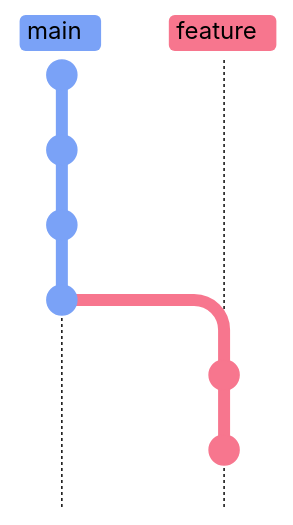
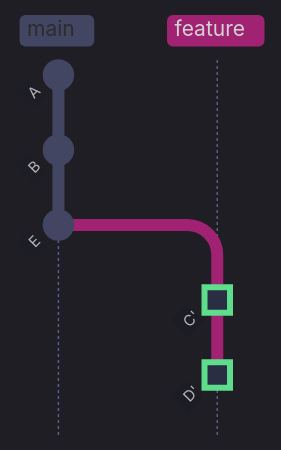
The fifth of 5 diagrams in content/08-Git/05-git-remote-management.md (alp78/elysium), drawn with Mermaid before and after one commit. The commit also changed other lines of this file and 4 other files, not shown here.

````diff
--- a/content/08-Git/05-git-remote-management.md
+++ b/content/08-Git/05-git-remote-management.md
@@ -220,11 +685,21 @@
 ```mermaid
-%%{init: {'theme': 'base', 'themeVariables': {'git0': '#7aa2f7', 'git1': '#f7768e', 'git2': '#9ece6a', 'git3': '#e0af68', 'git4': '#bb9af7', 'gitBranchLabel0': '#000000', 'gitBranchLabel1': '#000000', 'gitBranchLabel2': '#000000', 'gitBranchLabel3': '#000000', 'commitLabelColor': '#ffffff', 'commitLabelBackground': 'transparent', 'commitLabelFontSize': '14px', 'tagLabelColor': '#000000', 'tagLabelBackground': '#c0caf5'}, 'gitGraph': {'mainBranchName': 'main'}} }%%
+%%{init: {'theme': 'dark', 'themeVariables': {
+  'primaryColor': '#292e42',
+  'primaryTextColor': '#c0caf5',
+  'primaryBorderColor': '#565f89',
+  'lineColor': '#565f89',
+  'secondaryColor': '#1a1b26',
+  'tertiaryColor': '#24283b',
+  'noteTextColor': '#c0caf5',
+  'noteBkgColor': '#292e42',
+  'textColor': '#c0caf5',
+  'fontSize': '14px'
+}, 'gitGraph': {'mainBranchName': 'main'}}}%%
 gitGraph TB:
   commit id: "A"
   commit id: "B"
-  commit id: "C"
   commit id: "E"
   branch feature
-  commit id: "X'"
-  commit id: "Y'"
+  commit id: "C'" type: HIGHLIGHT
+  commit id: "D'" type: HIGHLIGHT
 ```
````
